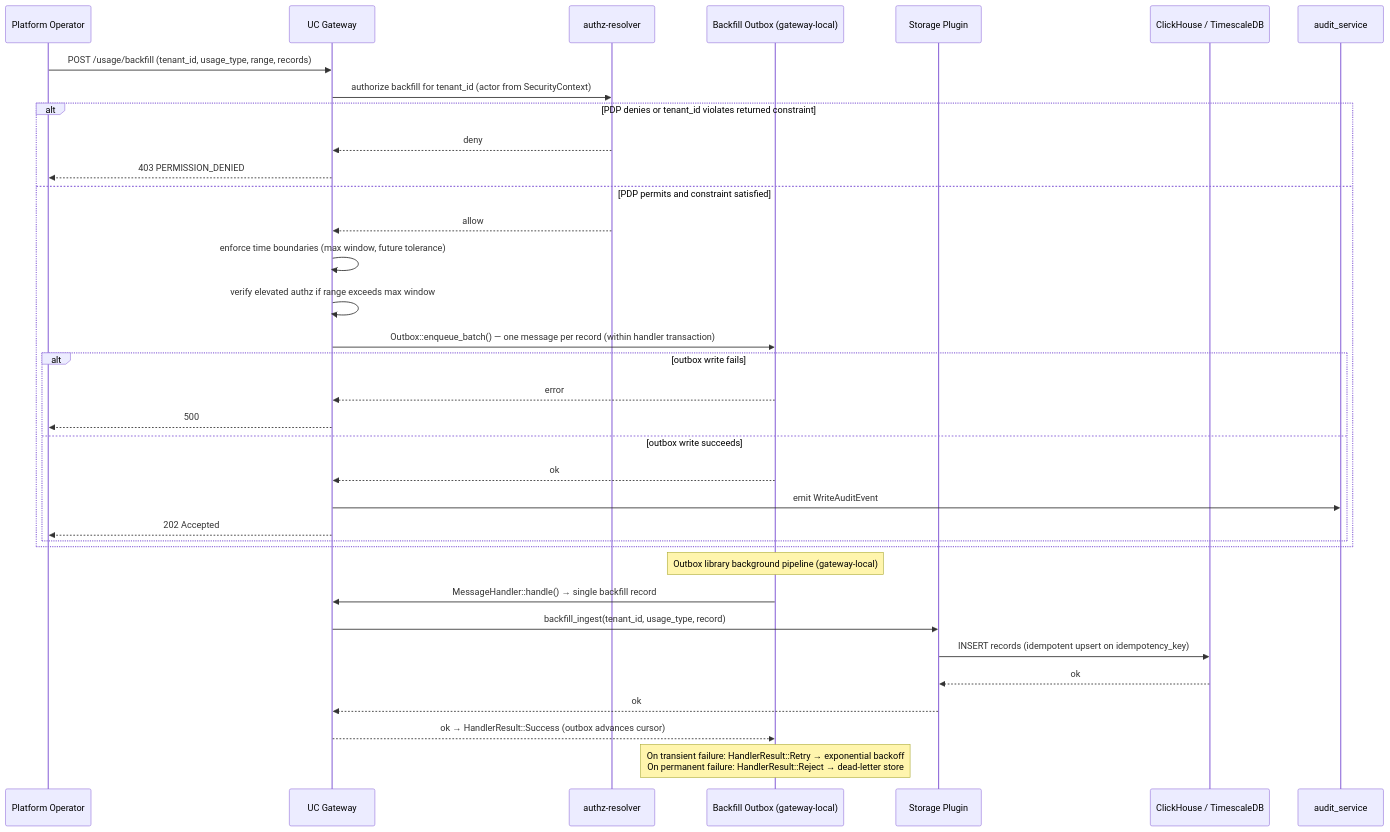
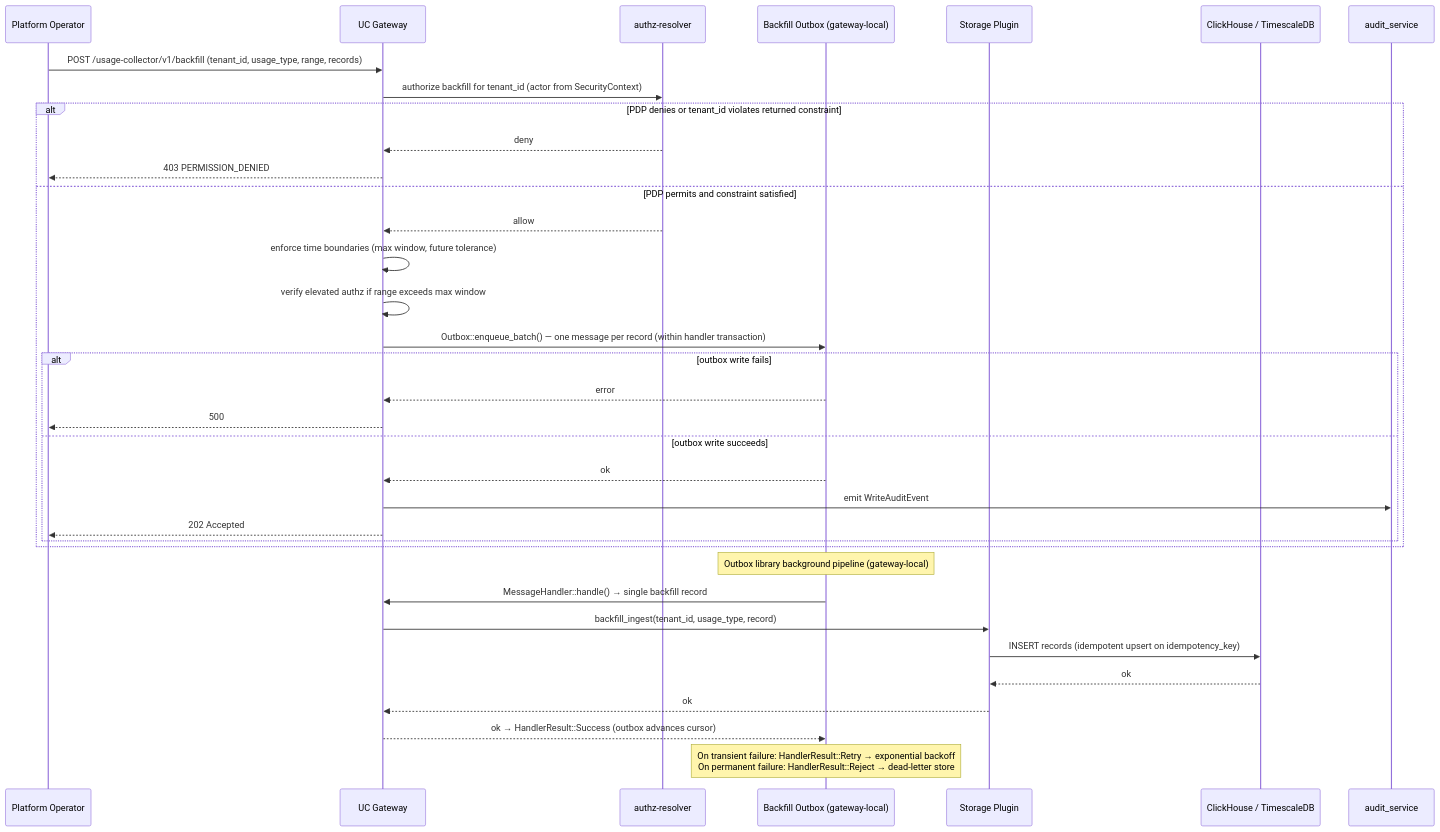
Before and after one commit to capybutler/cyberfabric-core: the sixth of 8 diagrams in modules/system/usage-collector/docs/DESIGN.md, drawn with Mermaid. The commit also changed other lines of this file and 18 other files, not shown here.

First line of the commit message:
feat(usage-collector): add SDK crate and design documentation

````diff
--- a/modules/system/usage-collector/docs/DESIGN.md
+++ b/modules/system/usage-collector/docs/DESIGN.md
@@ -657,39 +823,39 @@
 ```mermaid
 sequenceDiagram
     participant Op as Platform Operator
     participant GW as UC Gateway
     participant PDP as authz-resolver
     participant OB as Backfill Outbox (gateway-local)
     participant Plugin as Storage Plugin
     participant DB as ClickHouse / TimescaleDB
     participant AS as audit_service
 
-    Op->>GW: POST /usage/backfill (tenant_id, usage_type, range, records)
+    Op->>GW: POST /usage-collector/v1/backfill (tenant_id, usage_type, range, records)
     GW->>PDP: authorize backfill for tenant_id (actor from SecurityContext)
     alt PDP denies or tenant_id violates returned constraint
         PDP-->>GW: deny
         GW-->>Op: 403 PERMISSION_DENIED
     else PDP permits and constraint satisfied
         PDP-->>GW: allow
         GW->>GW: enforce time boundaries (max window, future tolerance)
         GW->>GW: verify elevated authz if range exceeds max window
         GW->>OB: Outbox::enqueue_batch() — one message per record (within handler transaction)
         alt outbox write fails
             OB-->>GW: error
             GW-->>Op: 500
         else outbox write succeeds
             OB-->>GW: ok
             GW->>AS: emit WriteAuditEvent
             GW-->>Op: 202 Accepted
         end
     end
 
     Note over OB: Outbox library background pipeline (gateway-local)
     OB->>GW: MessageHandler::handle() → single backfill record
     GW->>Plugin: backfill_ingest(tenant_id, usage_type, record)
     Plugin->>DB: INSERT records (idempotent upsert on idempotency_key)
     DB-->>Plugin: ok
     Plugin-->>GW: ok
     GW-->>OB: ok → HandlerResult::Success (outbox advances cursor)
     Note over OB: On transient failure: HandlerResult::Retry → exponential backoff<br/>On permanent failure: HandlerResult::Reject → dead-letter store
 ```
````
